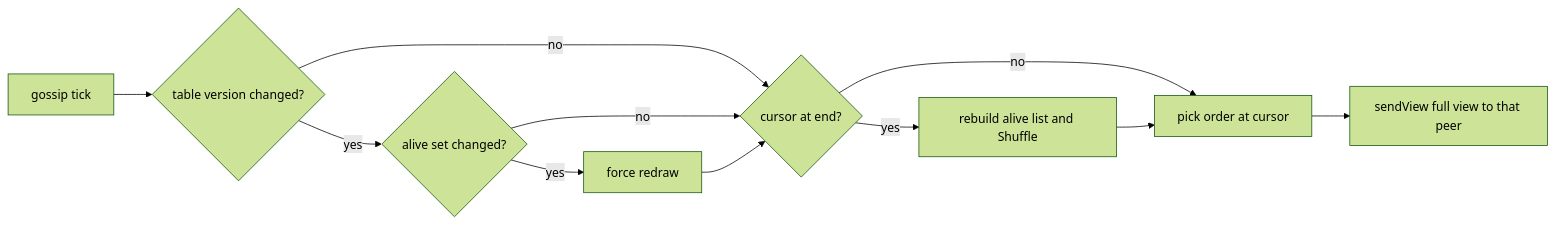
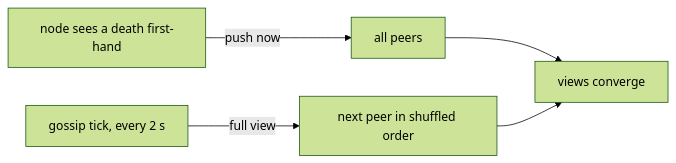
One commit to Aditya-Jyoti/swarm-communication changed the diagram in docs/concepts/gossip-and-anti-entropy.md. Above: the diagram before and after it, drawn with Mermaid (forest theme). The commit also changed other lines of this file and 3 other files, not shown here.

````diff
--- a/docs/concepts/gossip-and-anti-entropy.md
+++ b/docs/concepts/gossip-and-anti-entropy.md
@@ -124,13 +17,7 @@
 ```mermaid
 flowchart LR
-    T[gossip tick] --> V{table version changed?}
-    V -->|no| C{cursor at end?}
-    V -->|yes| S{alive set changed?}
-    S -->|no| C
-    S -->|yes| R[force redraw]
-    R --> C
-    C -->|yes| D[rebuild alive list and Shuffle]
-    C -->|no| P[pick order at cursor]
-    D --> P
-    P --> F[sendView full view to that peer]
+    D[node sees a death first-hand] -->|push now| ALL[all peers]
+    T[gossip tick, every 2 s] -->|full view| ONE[next peer in shuffled order]
+    ALL --> V[views converge]
+    ONE --> V
 ```
````
